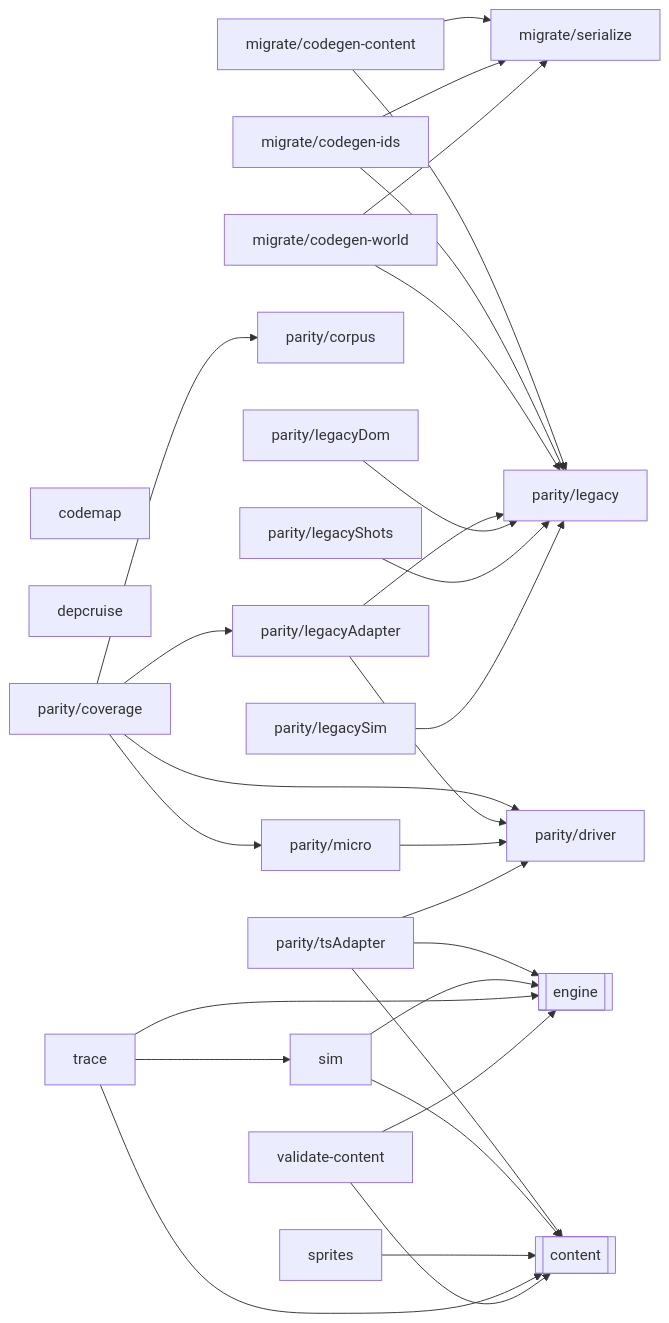
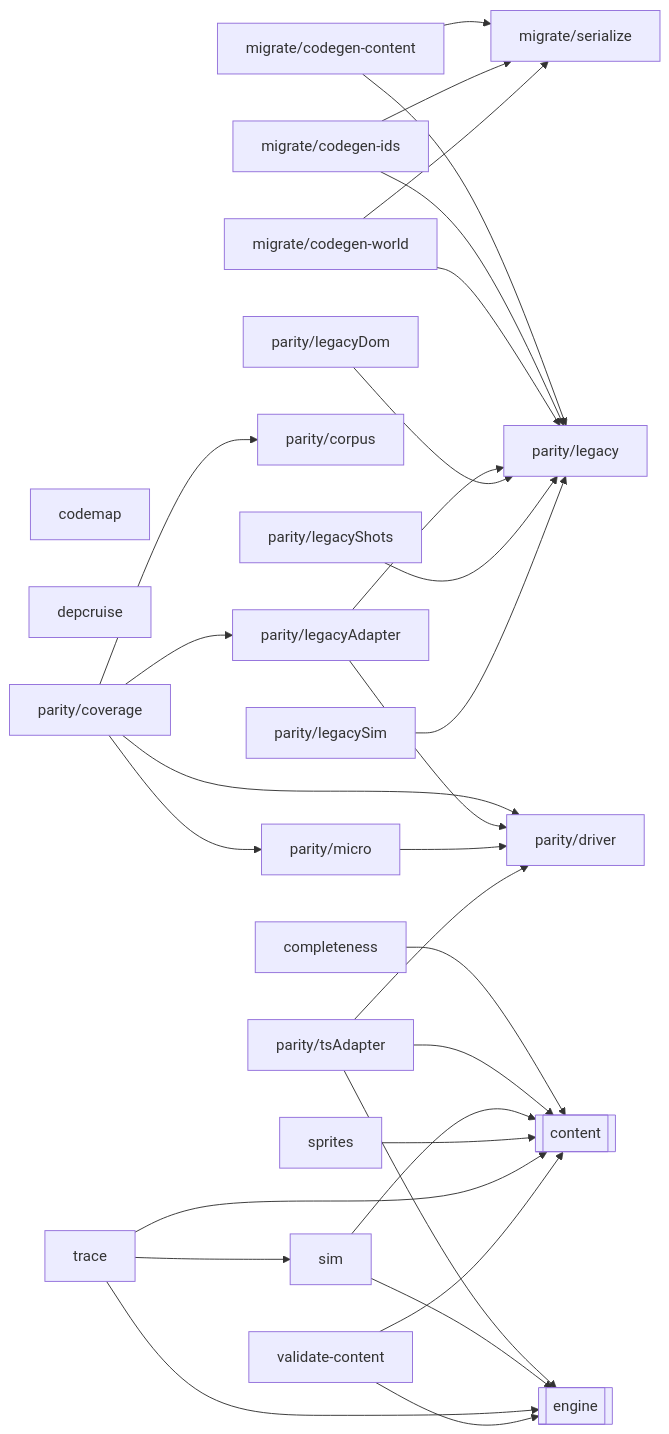
Before and after one commit to OrangeB0lt/Cyber-funk: the diagram in docs/reference/code-map/tools.md, drawn with Mermaid. The commit also changed other lines of this file and 12 other files, not shown here.

````diff
--- a/docs/reference/code-map/tools.md
+++ b/docs/reference/code-map/tools.md
@@ -11,52 +11,54 @@
 ```mermaid
 flowchart LR
   n_codemap["codemap"]
+  n_completeness["completeness"]
   n_depcruise["depcruise"]
   n_migrate_codegen_content["migrate/codegen-content"]
   n_migrate_codegen_ids["migrate/codegen-ids"]
   n_migrate_codegen_world["migrate/codegen-world"]
   n_migrate_serialize["migrate/serialize"]
   n_parity_corpus["parity/corpus"]
   n_parity_coverage["parity/coverage"]
   n_parity_driver["parity/driver"]
   n_parity_legacy["parity/legacy"]
   n_parity_legacyAdapter["parity/legacyAdapter"]
   n_parity_legacyDom["parity/legacyDom"]
   n_parity_legacyShots["parity/legacyShots"]
   n_parity_legacySim["parity/legacySim"]
   n_parity_micro["parity/micro"]
   n_parity_tsAdapter["parity/tsAdapter"]
   n_sim["sim"]
   n_sprites["sprites"]
   n_trace["trace"]
   n_validate_content["validate-content"]
   n_ext_content[["content"]]
   n_ext_engine[["engine"]]
+  n_completeness --> n_ext_content
   n_migrate_codegen_content --> n_migrate_serialize
   n_migrate_codegen_content --> n_parity_legacy
   n_migrate_codegen_ids --> n_migrate_serialize
   n_migrate_codegen_ids --> n_parity_legacy
   n_migrate_codegen_world --> n_migrate_serialize
   n_migrate_codegen_world --> n_parity_legacy
   n_parity_coverage --> n_parity_corpus
   n_parity_coverage --> n_parity_driver
   n_parity_coverage --> n_parity_legacyAdapter
   n_parity_coverage --> n_parity_micro
   n_parity_legacyAdapter --> n_parity_driver
   n_parity_legacyAdapter --> n_parity_legacy
   n_parity_legacyDom --> n_parity_legacy
   n_parity_legacyShots --> n_parity_legacy
   n_parity_legacySim --> n_parity_legacy
   n_parity_micro --> n_parity_driver
   n_parity_tsAdapter --> n_ext_content
   n_parity_tsAdapter --> n_ext_engine
   n_parity_tsAdapter --> n_parity_driver
   n_sim --> n_ext_content
   n_sim --> n_ext_engine
   n_sprites --> n_ext_content
   n_trace --> n_ext_content
   n_trace --> n_ext_engine
   n_trace --> n_sim
   n_validate_content --> n_ext_content
   n_validate_content --> n_ext_engine
 ```
````
